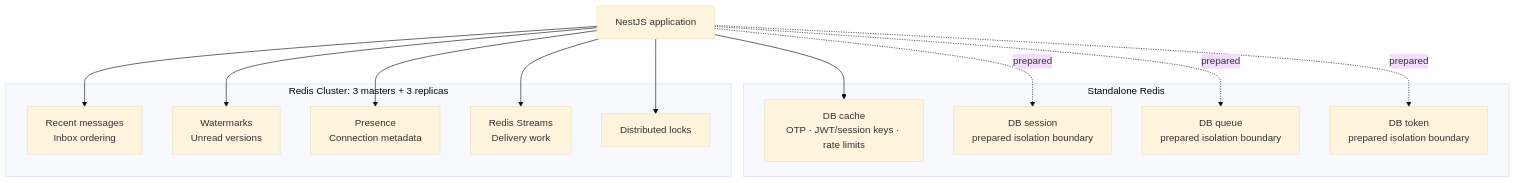
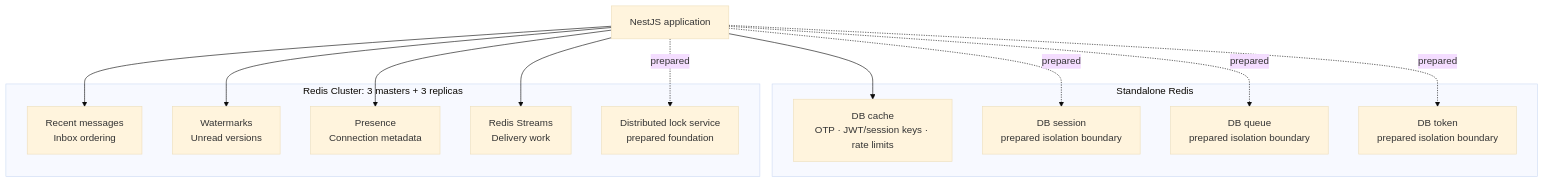
One commit to hieumn04/social-platform-backend changed the second of 4 diagrams in docs/ARCHITECTURE.md. Above: the diagram before and after it, drawn with Mermaid (base theme). The commit also changed other lines of this file and 1 other file, not shown here.

````diff
--- a/docs/ARCHITECTURE.md
+++ b/docs/ARCHITECTURE.md
@@ -70,29 +70,29 @@
 ```mermaid
 flowchart TB
     App[NestJS application]
 
     subgraph Standalone[Standalone Redis]
         Cache[DB cache<br/>OTP · JWT/session keys · rate limits]
         Session[DB session<br/>prepared isolation boundary]
         Queue[DB queue<br/>prepared isolation boundary]
         Token[DB token<br/>prepared isolation boundary]
     end
 
     subgraph Cluster[Redis Cluster: 3 masters + 3 replicas]
         MsgCache[Recent messages<br/>Inbox ordering]
         ReadState[Watermarks<br/>Unread versions]
         Presence[Presence<br/>Connection metadata]
         Streams[Redis Streams<br/>Delivery work]
-        Locks[Distributed locks]
+        Locks[Distributed lock service<br/>prepared foundation]
     end
 
     App --> Cache
     App -. prepared .-> Session
     App -. prepared .-> Queue
     App -. prepared .-> Token
     App --> MsgCache
     App --> ReadState
     App --> Presence
     App --> Streams
-    App --> Locks
+    App -. prepared .-> Locks
 ```
````
